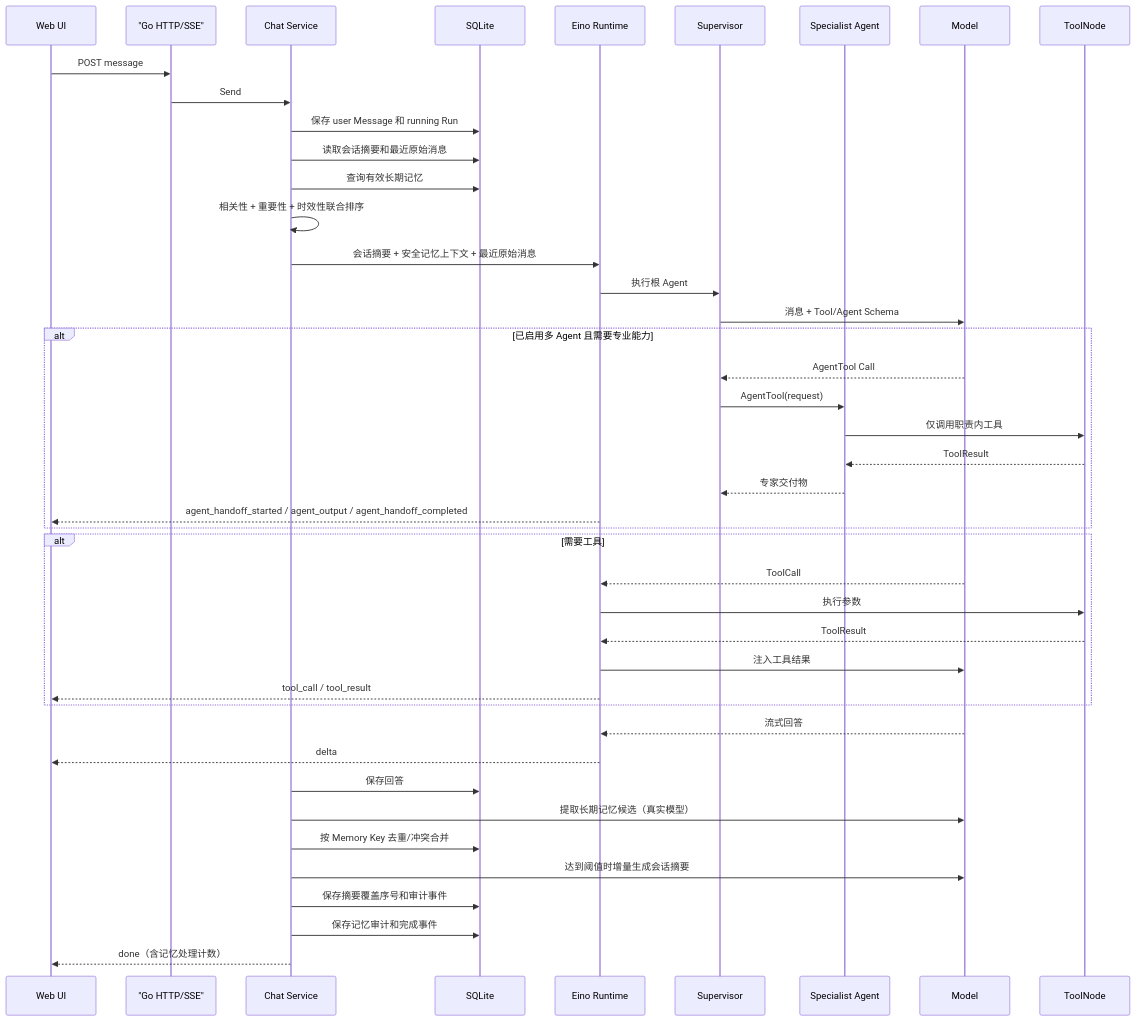
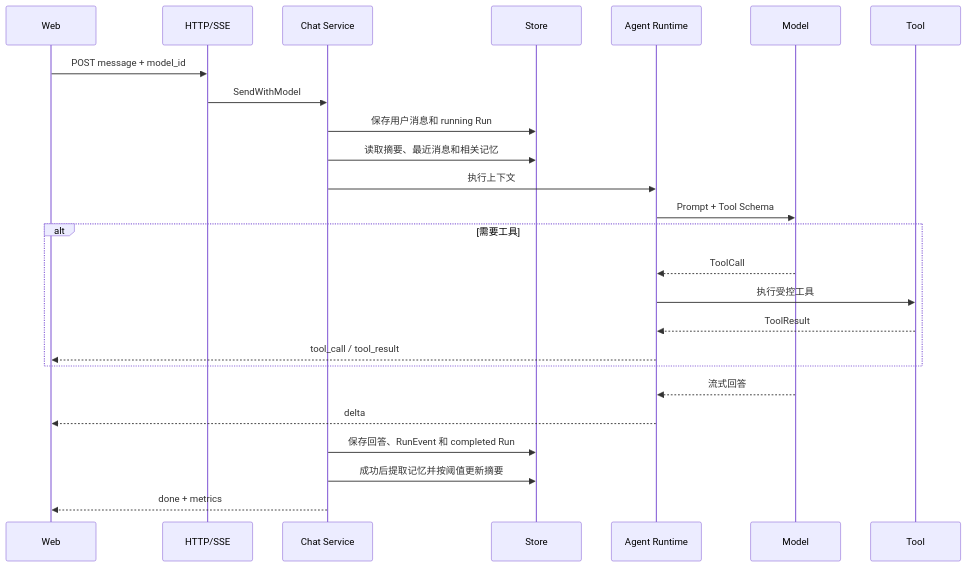
The second of 2 diagrams in README.md (zora-DD/zora), drawn with Mermaid before and after one commit. The commit also changed other lines of this file and 35 other files, not shown here.

````diff
--- a/README.md
+++ b/README.md
@@ -434,46 +259,28 @@
 ```mermaid
 sequenceDiagram
-    participant UI as Web UI
-    participant API as "Go HTTP/SSE"
-    participant Service as Chat Service
-    participant DB as SQLite
-    participant ADK as Eino Runtime
-    participant Supervisor as Supervisor
-    participant Specialist as Specialist Agent
+    participant UI as Web
+    participant API as HTTP/SSE
+    participant Chat as Chat Service
+    participant DB as Store
+    participant Agent as Agent Runtime
     participant LLM as Model
-    participant Tool as ToolNode
+    participant Tool as Tool
 
-    UI->>API: POST message
-    API->>Service: Send
-    Service->>DB: 保存 user Message 和 running Run
-    Service->>DB: 读取会话摘要和最近原始消息
-    Service->>DB: 查询有效长期记忆
-    Service->>Service: 相关性 + 重要性 + 时效性联合排序
-    Service->>ADK: 会话摘要 + 安全记忆上下文 + 最近原始消息
-    ADK->>Supervisor: 执行根 Agent
-    Supervisor->>LLM: 消息 + Tool/Agent Schema
-    alt 已启用多 Agent 且需要专业能力
-        LLM-->>Supervisor: AgentTool Call
-        Supervisor->>Specialist: AgentTool(request)
-        Specialist->>Tool: 仅调用职责内工具
-        Tool-->>Specialist: ToolResult
-        Specialist-->>Supervisor: 专家交付物
-        ADK-->>UI: agent_handoff_started / agent_output / agent_handoff_completed
+    UI->>API: POST message + model_id
+    API->>Chat: SendWithModel
+    Chat->>DB: 保存用户消息和 running Run
+    Chat->>DB: 读取摘要、最近消息和相关记忆
+    Chat->>Agent: 执行上下文
+    Agent->>LLM: Prompt + Tool Schema
+    alt 需要工具
+        LLM-->>Agent: ToolCall
+        Agent->>Tool: 执行受控工具
+        Tool-->>Agent: ToolResult
+        Agent-->>UI: tool_call / tool_result
     end
-    alt 需要工具
-        LLM-->>ADK: ToolCall
-        ADK->>Tool: 执行参数
-        Tool-->>ADK: ToolResult
-        ADK->>LLM: 注入工具结果
-        ADK-->>UI: tool_call / tool_result
-    end
-    LLM-->>ADK: 流式回答
-    ADK-->>UI: delta
-    Service->>DB: 保存回答
-    Service->>LLM: 提取长期记忆候选（真实模型）
-    Service->>DB: 按 Memory Key 去重/冲突合并
-    Service->>LLM: 达到阈值时增量生成会话摘要
-    Service->>DB: 保存摘要覆盖序号和审计事件
-    Service->>DB: 保存记忆审计和完成事件
-    Service-->>UI: done（含记忆处理计数）
+    LLM-->>Agent: 流式回答
+    Agent-->>UI: delta
+    Chat->>DB: 保存回答、RunEvent 和 completed Run
+    Chat->>DB: 成功后提取记忆并按阈值更新摘要
+    Chat-->>UI: done + metrics
 ```
````
